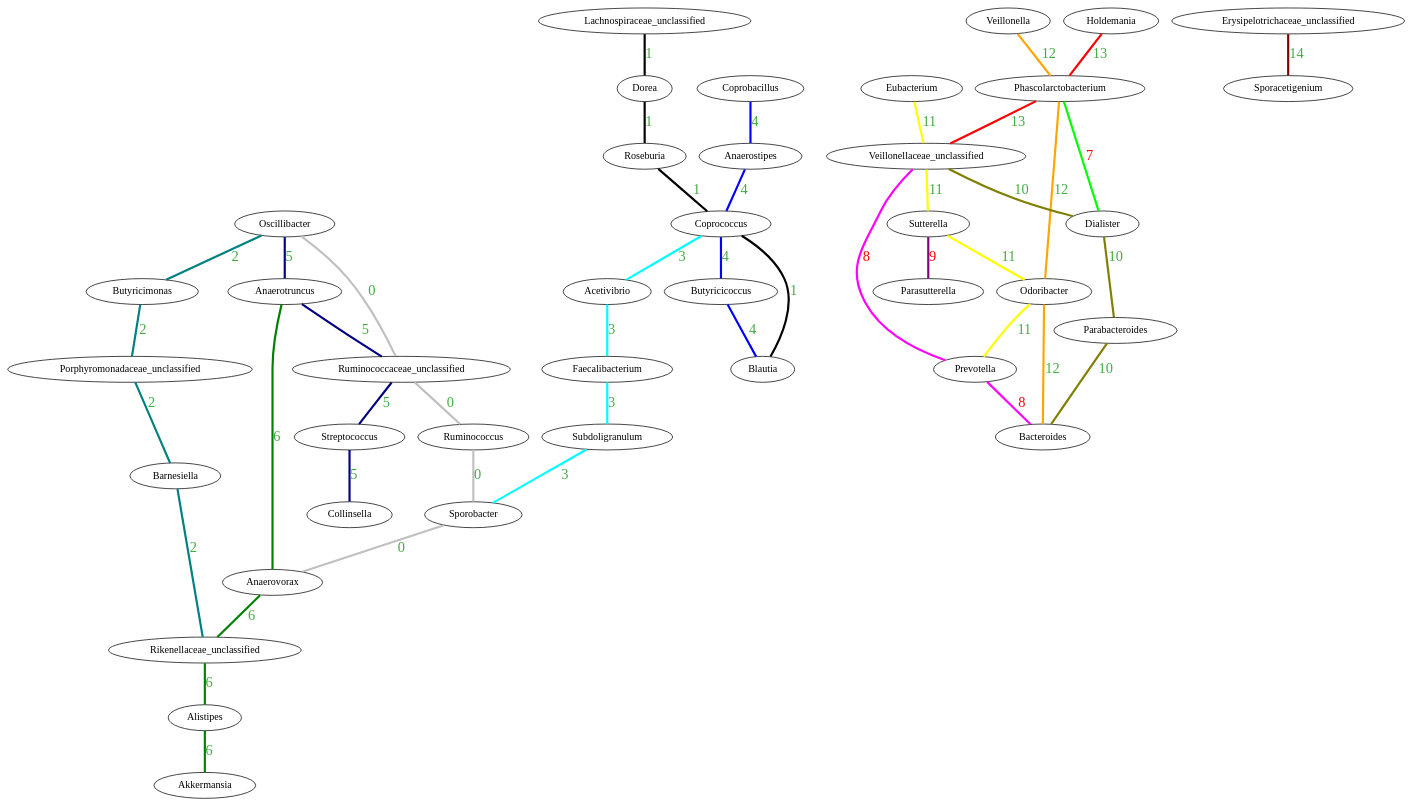
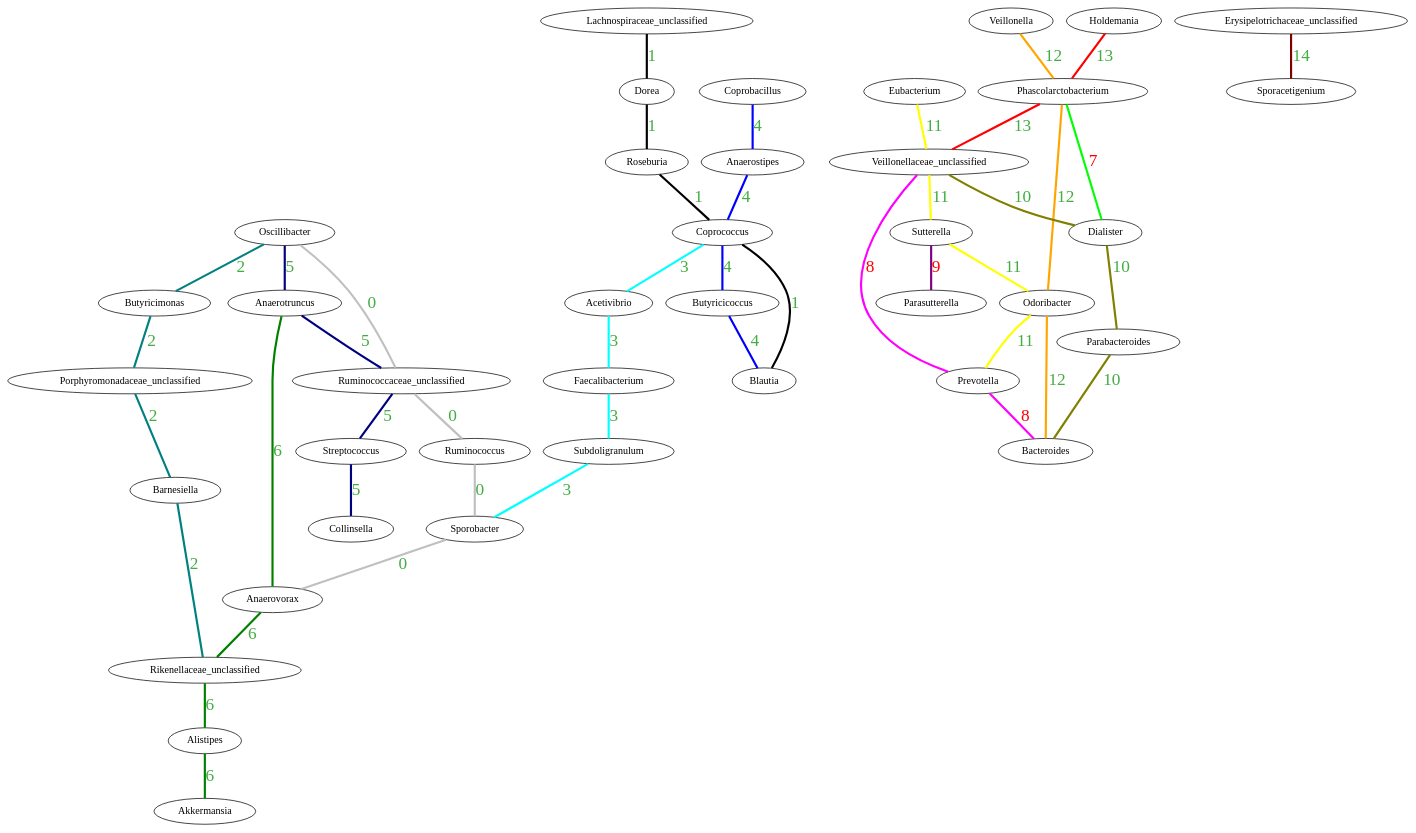
One commit to AndersHqst/thesis changed the diagram in experiments/backup/summary.dot. Above: the diagram before and after it, drawn with Graphviz. The commit also changed 9 other files, not shown here.

```diff
--- a/experiments/backup/summary.dot
+++ b/experiments/backup/summary.dot
@@ -1,122 +1,122 @@
 graph G { 
 
 
 	//Pattern: 0
 	Oscillibacter
 	Ruminococcaceae_unclassified
 	Ruminococcus
 	Sporobacter
 	Anaerovorax
-	edge [color="#c0c0c0", penwidth=3, label="0", fontcolor="#43AC43" fontname="Helvetica bold" fontsize=20]
+	edge [color="#c0c0c0", penwidth=3, label="0", fontcolor="#43AC43", fontname="Helvetica bold", fontsize=24]
 	Oscillibacter -- Ruminococcaceae_unclassified -- Ruminococcus -- Sporobacter -- Anaerovorax
 
 	//Pattern: 1
 	Lachnospiraceae_unclassified
 	Dorea
 	Roseburia
 	Coprococcus
 	Blautia
-	edge [color="#000000", penwidth=3, label="1", fontcolor="#43AC43" fontname="Helvetica bold" fontsize=20]
+	edge [color="#000000", penwidth=3, label="1", fontcolor="#43AC43", fontname="Helvetica bold", fontsize=24]
 	Lachnospiraceae_unclassified -- Dorea -- Roseburia -- Coprococcus -- Blautia
 
 	//Pattern: 2
 	Oscillibacter
 	Butyricimonas
 	Porphyromonadaceae_unclassified
 	Barnesiella
 	Rikenellaceae_unclassified
-	edge [color="#008080", penwidth=3, label="2", fontcolor="#43AC43" fontname="Helvetica bold" fontsize=20]
+	edge [color="#008080", penwidth=3, label="2", fontcolor="#43AC43", fontname="Helvetica bold", fontsize=24]
 	Oscillibacter -- Butyricimonas -- Porphyromonadaceae_unclassified -- Barnesiella -- Rikenellaceae_unclassified
 
 	//Pattern: 3
 	Coprococcus
 	Acetivibrio
 	Faecalibacterium
 	Subdoligranulum
 	Sporobacter
-	edge [color="#00ffff", penwidth=3, label="3", fontcolor="#43AC43" fontname="Helvetica bold" fontsize=20]
+	edge [color="#00ffff", penwidth=3, label="3", fontcolor="#43AC43", fontname="Helvetica bold", fontsize=24]
 	Coprococcus -- Acetivibrio -- Faecalibacterium -- Subdoligranulum -- Sporobacter
 
 	//Pattern: 4
 	Coprobacillus
 	Anaerostipes
 	Coprococcus
 	Butyricicoccus
 	Blautia
-	edge [color="#0000ff", penwidth=3, label="4", fontcolor="#43AC43" fontname="Helvetica bold" fontsize=20]
+	edge [color="#0000ff", penwidth=3, label="4", fontcolor="#43AC43", fontname="Helvetica bold", fontsize=24]
 	Coprobacillus -- Anaerostipes -- Coprococcus -- Butyricicoccus -- Blautia
 
 	//Pattern: 5
 	Oscillibacter
 	Anaerotruncus
 	Ruminococcaceae_unclassified
 	Streptococcus
 	Collinsella
-	edge [color="#000080", penwidth=3, label="5", fontcolor="#43AC43" fontname="Helvetica bold" fontsize=20]
+	edge [color="#000080", penwidth=3, label="5", fontcolor="#43AC43", fontname="Helvetica bold", fontsize=24]
 	Oscillibacter -- Anaerotruncus -- Ruminococcaceae_unclassified -- Streptococcus -- Collinsella
 
 	//Pattern: 6
 	Anaerotruncus
 	Anaerovorax
 	Rikenellaceae_unclassified
 	Alistipes
 	Akkermansia
-	edge [color="#008000", penwidth=3, label="6", fontcolor="#43AC43" fontname="Helvetica bold" fontsize=20]
+	edge [color="#008000", penwidth=3, label="6", fontcolor="#43AC43", fontname="Helvetica bold", fontsize=24]
 	Anaerotruncus -- Anaerovorax -- Rikenellaceae_unclassified -- Alistipes -- Akkermansia
 
 	//Pattern: 7
 	Phascolarctobacterium
 	Dialister
-	edge [color="#00ff00", penwidth=3, label="7", fontcolor="red" fontname="Helvetica bold" fontsize=20]
+	edge [color="#00ff00", penwidth=3, label="7", fontcolor="red", fontname="Helvetica bold", fontsize=24]
 	Phascolarctobacterium -- Dialister
 
 	//Pattern: 8
 	Veillonellaceae_unclassified
 	Prevotella
 	Bacteroides
-	edge [color="#ff00ff", penwidth=3, label="8", fontcolor="red" fontname="Helvetica bold" fontsize=20]
+	edge [color="#ff00ff", penwidth=3, label="8", fontcolor="red", fontname="Helvetica bold", fontsize=24]
 	Veillonellaceae_unclassified -- Prevotella -- Bacteroides
 
 	//Pattern: 9
 	Sutterella
 	Parasutterella
-	edge [color="#800080", penwidth=3, label="9", fontcolor="red" fontname="Helvetica bold" fontsize=20]
+	edge [color="#800080", penwidth=3, label="9", fontcolor="red", fontname="Helvetica bold", fontsize=24]
 	Sutterella -- Parasutterella
 
 	//Pattern: 10
 	Veillonellaceae_unclassified
 	Dialister
 	Parabacteroides
 	Bacteroides
-	edge [color="#808000", penwidth=3, label="10", fontcolor="#43AC43" fontname="Helvetica bold" fontsize=20]
+	edge [color="#808000", penwidth=3, label="10", fontcolor="#43AC43", fontname="Helvetica bold", fontsize=24]
 	Veillonellaceae_unclassified -- Dialister -- Parabacteroides -- Bacteroides
 
 	//Pattern: 11
 	Eubacterium
 	Veillonellaceae_unclassified
 	Sutterella
 	Odoribacter
 	Prevotella
-	edge [color="#ffff00", penwidth=3, label="11", fontcolor="#43AC43" fontname="Helvetica bold" fontsize=20]
+	edge [color="#ffff00", penwidth=3, label="11", fontcolor="#43AC43", fontname="Helvetica bold", fontsize=24]
 	Eubacterium -- Veillonellaceae_unclassified -- Sutterella -- Odoribacter -- Prevotella
 
 	//Pattern: 12
 	Veillonella
 	Phascolarctobacterium
 	Odoribacter
 	Bacteroides
-	edge [color="#ffA500", penwidth=3, label="12", fontcolor="#43AC43" fontname="Helvetica bold" fontsize=20]
+	edge [color="#ffA500", penwidth=3, label="12", fontcolor="#43AC43", fontname="Helvetica bold", fontsize=24]
 	Veillonella -- Phascolarctobacterium -- Odoribacter -- Bacteroides
 
 	//Pattern: 13
 	Holdemania
 	Phascolarctobacterium
 	Veillonellaceae_unclassified
-	edge [color="#ff0000", penwidth=3, label="13", fontcolor="#43AC43" fontname="Helvetica bold" fontsize=20]
+	edge [color="#ff0000", penwidth=3, label="13", fontcolor="#43AC43", fontname="Helvetica bold", fontsize=24]
 	Holdemania -- Phascolarctobacterium -- Veillonellaceae_unclassified
 
 	//Pattern: 14
 	Erysipelotrichaceae_unclassified
 	Sporacetigenium
-	edge [color="#800000", penwidth=3, label="14", fontcolor="#43AC43" fontname="Helvetica bold" fontsize=20]
+	edge [color="#800000", penwidth=3, label="14", fontcolor="#43AC43", fontname="Helvetica bold", fontsize=24]
 	Erysipelotrichaceae_unclassified -- Sporacetigenium}
```
